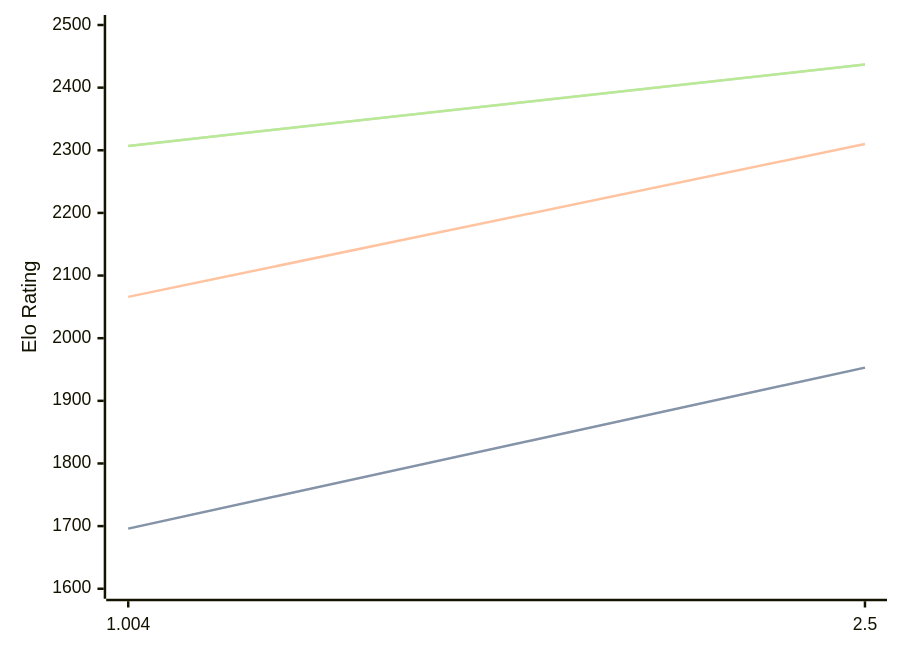
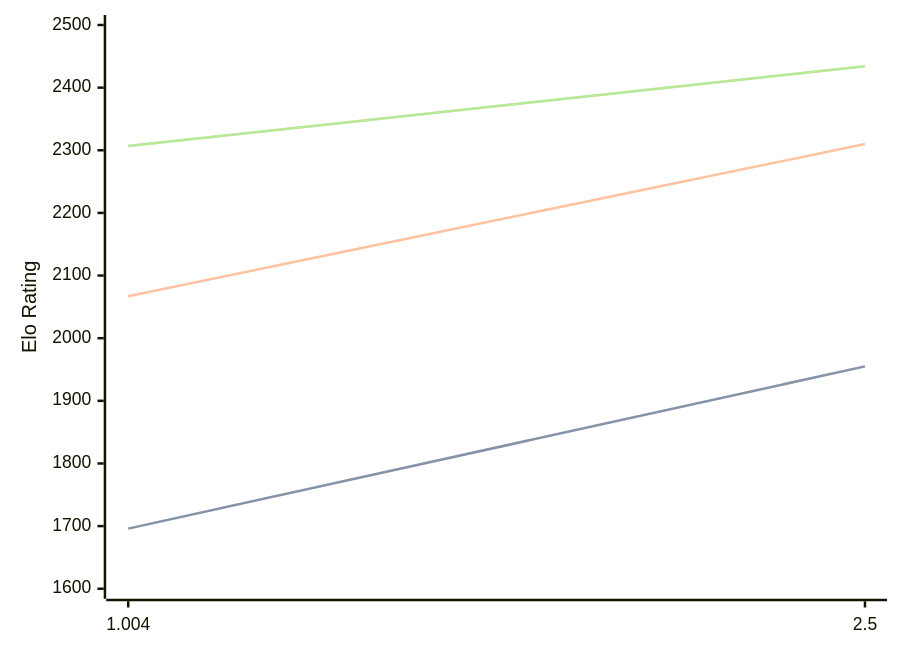
Before and after one commit to computer-chess-index/cci: the diagram in engines/Ares.md, drawn with Mermaid. The commit also changed other lines of this file, not shown here.

Commit message:
Update CCI Ratings (ELO VLTC) - 2026-08-01

````diff
--- a/engines/Ares.md
+++ b/engines/Ares.md
@@ -32,11 +32,11 @@
 ```mermaid
 %%{init: {"theme":"base","themeVariables":{"seriesColors:['#a3a3a3','#222221','#faa371']}}}%%
 xychart-beta
   x-axis ["1.004", "2.5"]
   y-axis "Elo Rating" 1600 --> 2500
-  line "STC (8.0+0.08s)" [1696, 1953]
-  line "STC (8.0+0.08s)" [1696, 1953]
-  line "LTC (60.0+0.60s)" [2066, 2310]
-  line "VLTC (2m24s+1.12s)" [2307, 2437]
-  line "VLTC (2m24s+1.12s)" [2307, 2437]
+  line "STC (8.0+0.08s)" [1696, 1955]
+  line "STC (8.0+0.08s)" [1696, 1955]
+  line "LTC (60.0+0.60s)" [2067, 2310]
+  line "VLTC (2m24s+1.12s)" [2307, 2434]
+  line "VLTC (2m24s+1.12s)" [2307, 2434]
 ```
````
